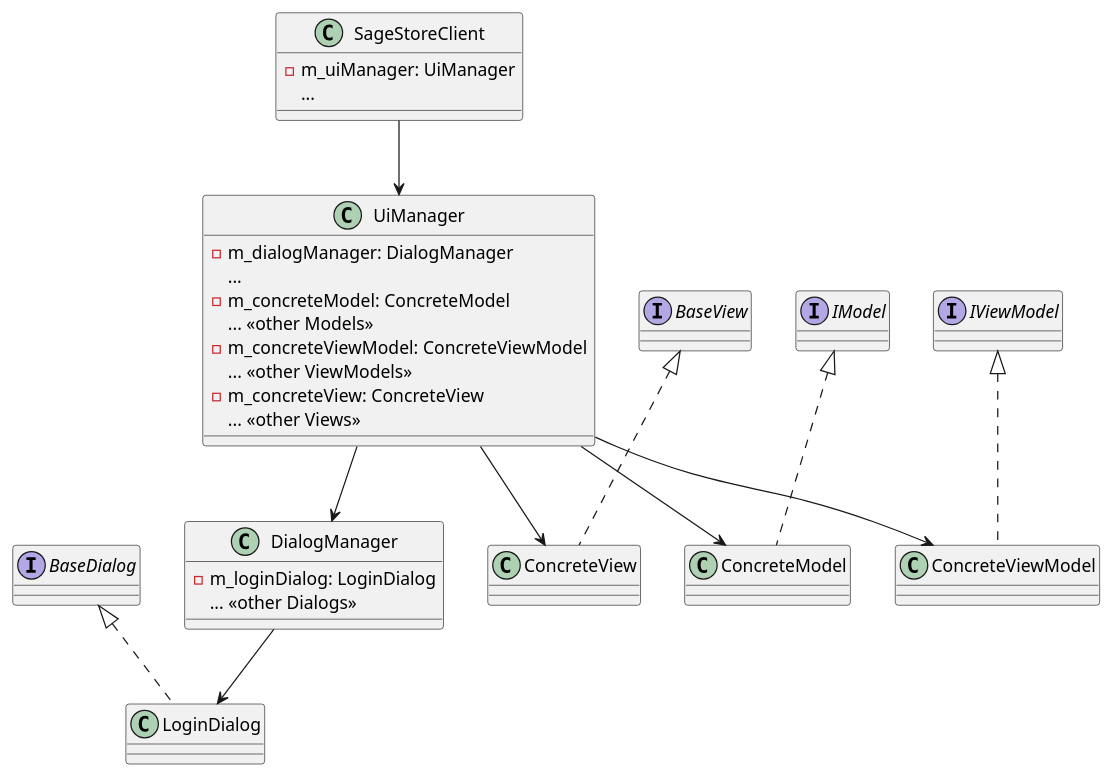
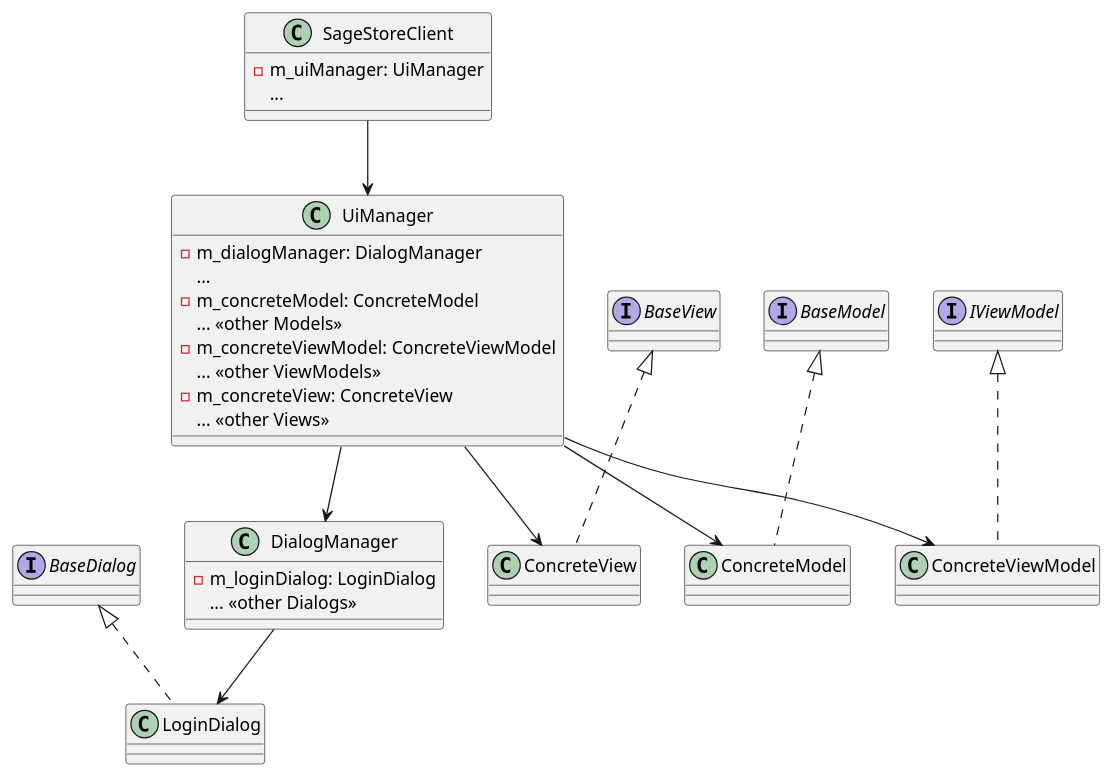
One commit to Sage-Cat/SageStore changed the diagram in docs/client/plantuml/GUI_CD.puml. Above: the diagram before and after it, drawn with PlantUML. The commit also changed 18 other files, not shown here.

```diff
--- a/docs/client/plantuml/GUI_CD.puml
+++ b/docs/client/plantuml/GUI_CD.puml
@@ -1,61 +1,61 @@
 @startuml
 
 class SageStoreClient {
     -m_uiManager: UiManager
     ...
 }
 
 class UiManager {
     -m_dialogManager: DialogManager
     ...
     -m_concreteModel: ConcreteModel 
     ... <<other Models>>
     -m_concreteViewModel: ConcreteViewModel
     ... <<other ViewModels>>
     -m_concreteView: ConcreteView
     ... <<other Views>>
 }
 
-interface IModel {
+interface BaseModel {
 }
 
 interface IViewModel {
 }
 
 interface BaseView {
 }
 
 interface BaseDialog {
 }
 
 class DialogManager {
     -m_loginDialog: LoginDialog
     ... <<other Dialogs>>
 }
 
 class LoginDialog implements BaseDialog {
 }
 
-class ConcreteModel implements IModel {
+class ConcreteModel implements BaseModel {
 }
 
 class ConcreteViewModel implements IViewModel {
 }
 
 class ConcreteView implements BaseView {
 }
 
 SageStoreClient -->  UiManager
 
 UiManager -->  ConcreteModel
 UiManager  -->  ConcreteViewModel
 UiManager  -->  ConcreteView
 UiManager -[hidden]right- IViewModel
-UiManager -[hidden]right- IModel
+UiManager -[hidden]right- BaseModel
 UiManager -[hidden]right- BaseView
 UiManager  --> DialogManager
 
 DialogManager  --> LoginDialog
 DialogManager -[hidden]left- BaseDialog
 
 @enduml
```
